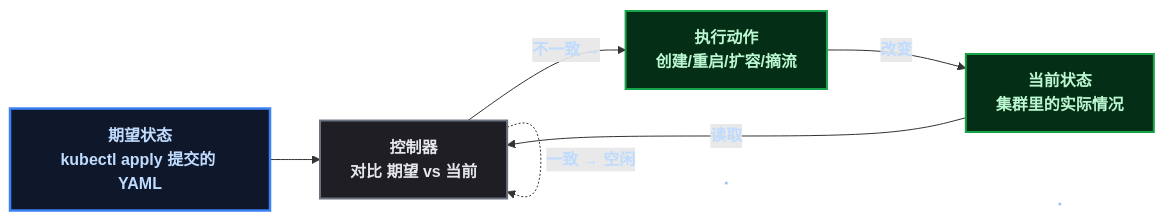
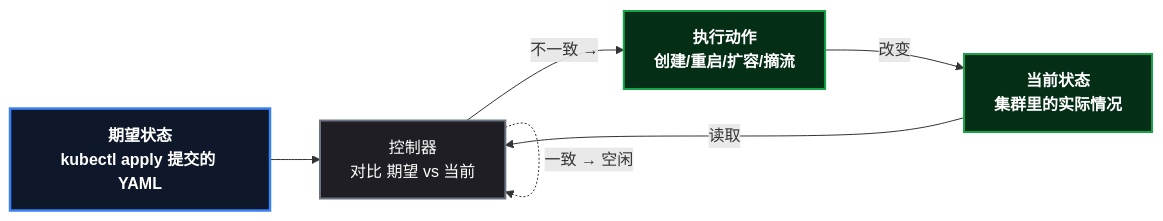
Before and after one commit to yaocat55/yaocat55.github.io: the diagram in content/posts/kubernetes/WhyKubernetes.md, drawn with Mermaid. The commit also changed 27 other files, not shown here.

Commit message:
docs: 全系列 93 张 Mermaid 图 classDef 改为 style 强制深底白字(修复部分渲染器白底浅字)+历史文件格式清理

````diff
--- a/content/posts/kubernetes/WhyKubernetes.md
+++ b/content/posts/kubernetes/WhyKubernetes.md
@@ -44,22 +44,19 @@
 ```mermaid
 %% K8s 核心设计思想: 声明式期望 + 控制回路收敛
 flowchart LR
-    classDef root fill:#0f172a,stroke:#3b82f6,stroke-width:2.5px,color:#bfdbfe,font-weight:bold;
-    classDef data fill:#052e16,stroke:#16a34a,stroke-width:2px,color:#bbf7d0,font-weight:bold;
-    classDef process fill:#1e1e24,stroke:#6b7280,stroke-width:2px,color:#e5e7eb;
 
     DESIRED["期望状态\nkubectl apply 提交的 YAML"]
     CTRL["控制器\n对比 期望 vs 当前"]
     ACTUAL["当前状态\n集群里的实际情况"]
     ACT["执行动作\n创建/重启/扩容/摘流"]
 
     DESIRED --> CTRL
     ACTUAL -->|"读取"| CTRL
     CTRL -->|"不一致 →"| ACT
     ACT -->|"改变"| ACTUAL
     CTRL -.->|"一致 → 空闲"| CTRL
-
-    class DESIRED root;
-    class CTRL process;
-    class ACTUAL,ACT data;
+    style DESIRED fill:#0f172a,stroke:#3b82f6,stroke-width:2.5px,color:#ffffff,font-weight:bold
+    style CTRL fill:#1e1e24,stroke:#6b7280,stroke-width:2px,color:#ffffff
+    style ACTUAL fill:#052e16,stroke:#16a34a,stroke-width:2px,color:#ffffff,font-weight:bold
+    style ACT fill:#052e16,stroke:#16a34a,stroke-width:2px,color:#ffffff,font-weight:bold
 ```
````
